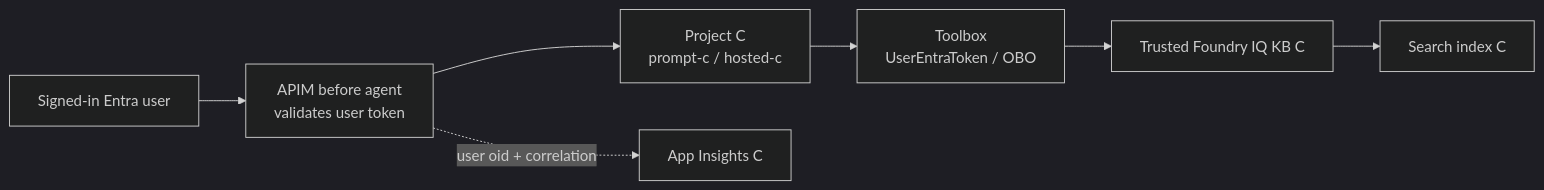
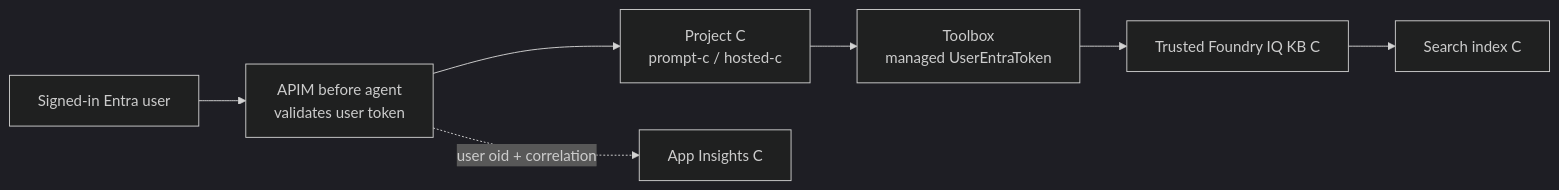
Before and after one commit to yelghali/foundry-agents-toolbox-ai-gateway: the third of 3 diagrams in README.md, drawn with Mermaid (dark theme). The commit also changed other lines of this file and 12 other files, not shown here.

````diff
--- a/README.md
+++ b/README.md
@@ -101,9 +101,9 @@
 ```mermaid
 flowchart LR
     U["Signed-in Entra user"] --> G["APIM before agent<br/>validates user token"]
     G --> C["Project C<br/>prompt-c / hosted-c"]
-    C --> T["Toolbox<br/>UserEntraToken / OBO"]
+    C --> T["Toolbox<br/>managed UserEntraToken"]
     T --> K["Trusted Foundry IQ KB C"]
     K --> S["Search index C"]
     G -. "user oid + correlation" .-> AI["App Insights C"]
 ```
````
